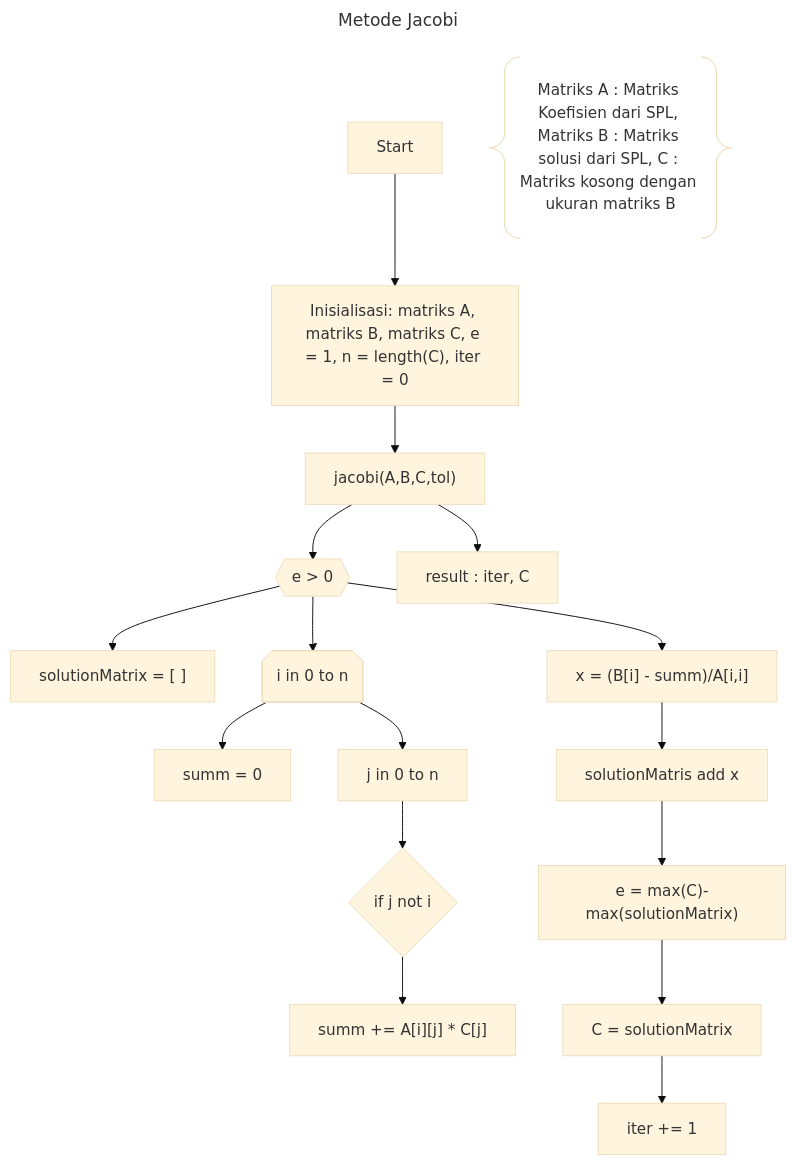
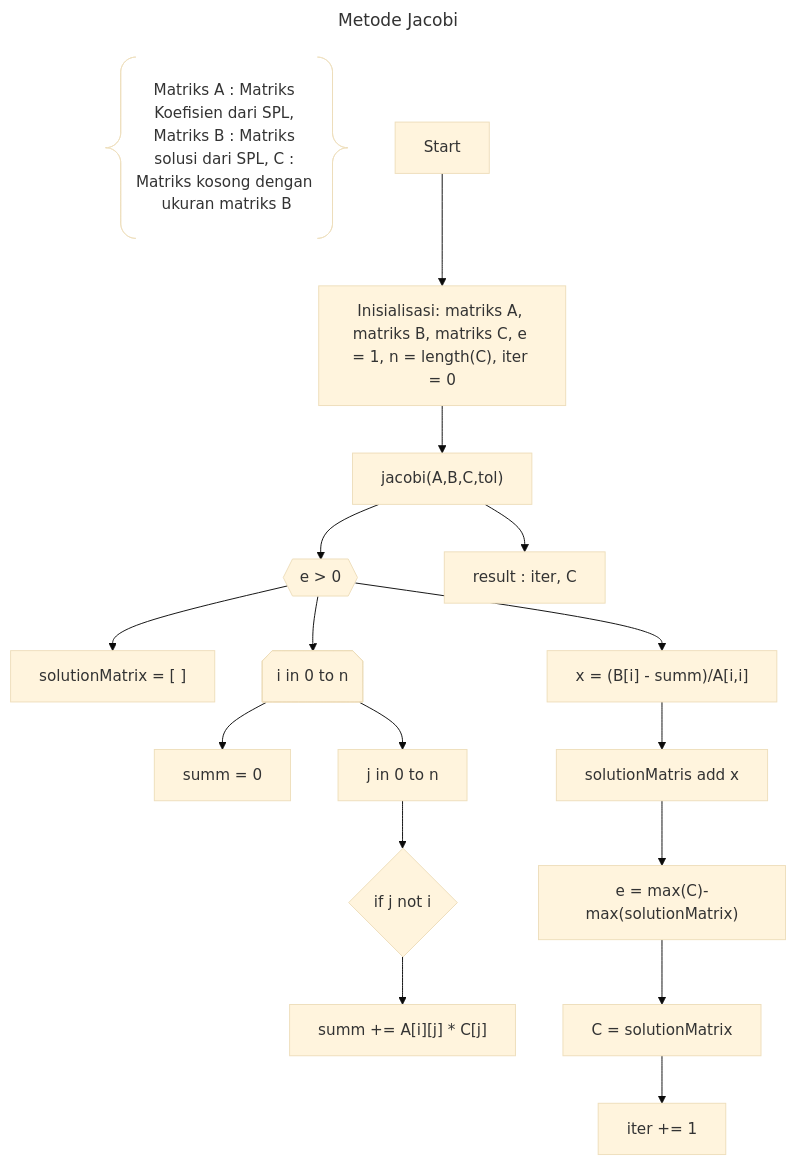
The diagram in Modul-3/metode-jacobi.mmd (aslabkomfis/Komputasi-Numerik-24-25), drawn with Mermaid (base theme) before and after one commit. The commit also changed other lines of this file, not shown here.

```diff
--- a/Modul-3/metode-jacobi.mmd
+++ b/Modul-3/metode-jacobi.mmd
@@ -1,21 +1,21 @@
 ---
 title: Metode Jacobi    
 ---
 
 flowchart TD;
+    Z@{ shape: braces, label: "Matriks A : Matriks Koefisien dari SPL, Matriks B : Matriks solusi dari SPL, C : Matriks kosong dengan ukuran matriks B" } 
     A[Start] --> B["Inisialisasi: matriks A, matriks B, matriks C, e = 1, n = length(C), iter = 0"] 
     B --> X["jacobi(A,B,C,tol)"]
-    Z@{ shape: braces, label: "Matriks A : Matriks Koefisien dari SPL, Matriks B : Matriks solusi dari SPL, C : Matriks kosong dengan ukuran matriks B" } 
     X --> C{{"e > 0"}}
     C --> D["solutionMatrix = [ ]"]
     C --> F@{shape: notch-pent, label: "i in 0 to n"}
     F --> G["summ = 0"]
     F --> H["j in 0 to n"]
     H --> I{"if j not i"}
     I --> J["summ += A[i][j] * C[j]"]
     C --> K["x = (B[i] - summ)/A[i,i]"]
     K --> L["solutionMatris add x"]
     L --> M["e = max(C)-max(solutionMatrix)"]
     M --> N["C = solutionMatrix"]
     N --> O["iter += 1"]
     X --> P["result : iter, C"]
```
